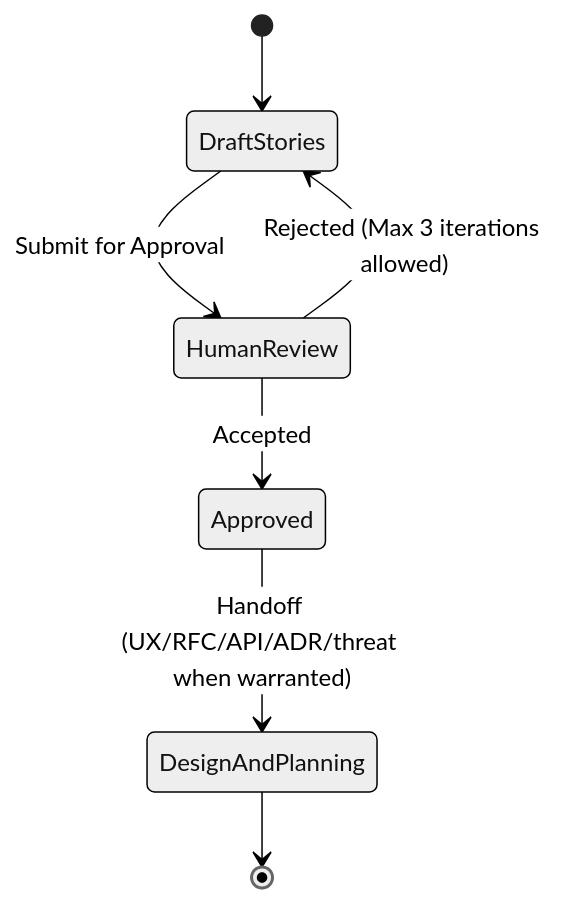
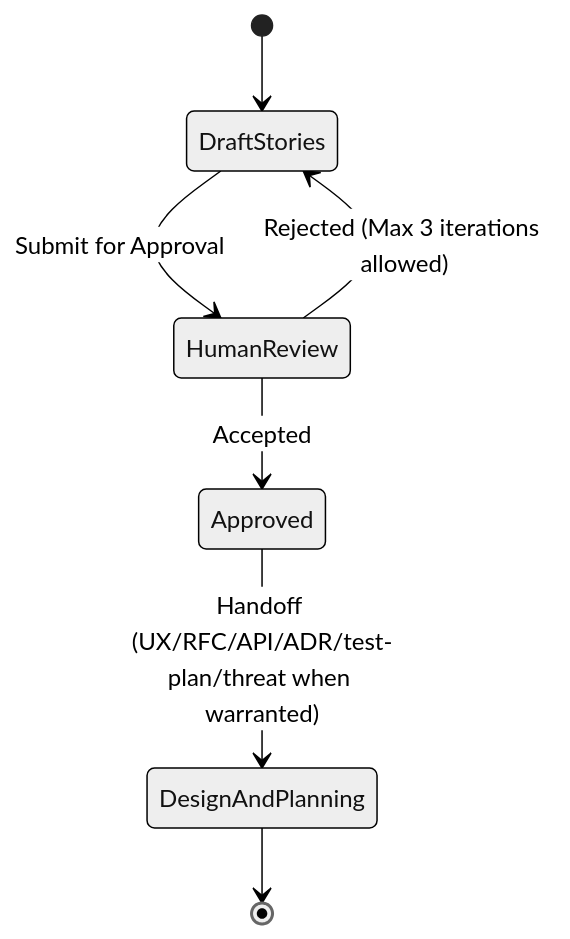
Before and after one commit to mjbvilhena/ai-sdlc-harness: the diagram in mcp-server/data/templates/user_story.md, drawn with Mermaid (neutral theme). The commit also changed 28 other files, not shown here.

````diff
--- a/mcp-server/data/templates/user_story.md
+++ b/mcp-server/data/templates/user_story.md
@@ -73,9 +73,9 @@
 ```mermaid
 stateDiagram-v2
     [*] --> DraftStories
     DraftStories --> HumanReview: Submit for Approval
     HumanReview --> DraftStories: Rejected (Max 3 iterations allowed)
     HumanReview --> Approved: Accepted
-    Approved --> DesignAndPlanning: Handoff (UX/RFC/API/ADR/threat when warranted)
+    Approved --> DesignAndPlanning: Handoff (UX/RFC/API/ADR/test-plan/threat when warranted)
     DesignAndPlanning --> [*]
 ```
````
